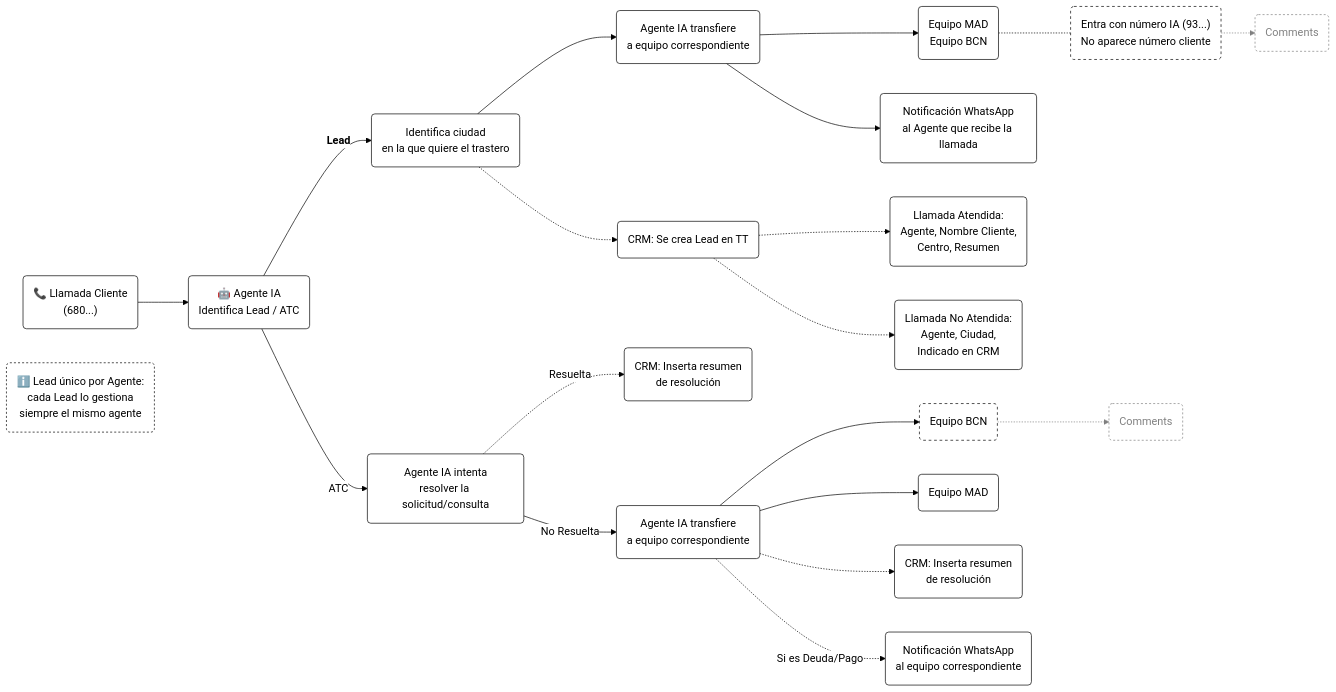
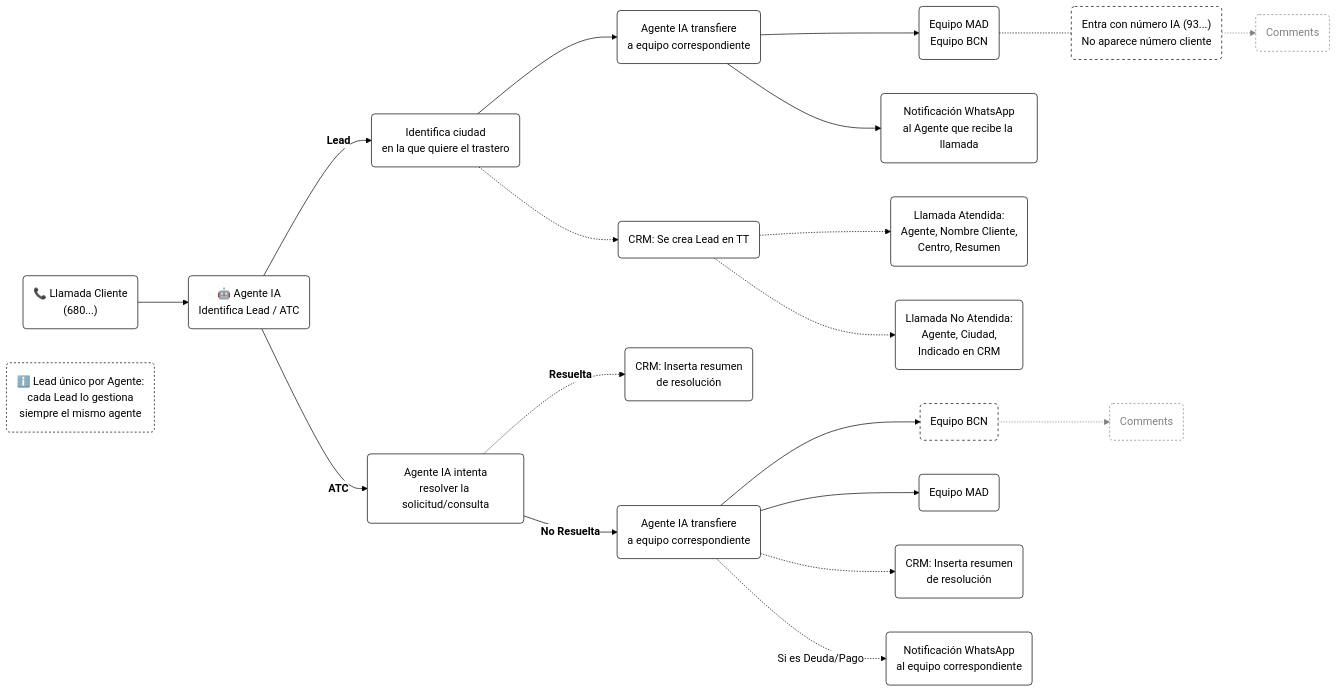
One commit to Fblanchete/Agente-IA changed the diagram in flujo_en_horario (1).md. Above: the diagram before and after it, drawn with Mermaid.

Commit message:
Format ATC and Resuelta labels with markdown

````diff
--- a/flujo_en_horario (1).md
+++ b/flujo_en_horario (1).md
@@ -3,38 +3,38 @@
 ```mermaid
 %%{init: {'theme': 'base', 'themeVariables': { 'fontFamily': 'Arial', 'background': '#FFFFFF', 'primaryColor': '#FFFFFF', 'primaryBorderColor': '#000000', 'primaryTextColor': '#000000', 'lineColor': '#000000', 'secondaryColor': '#FFFFFF', 'tertiaryColor': '#FFFFFF'}}}%%
 flowchart LR
     A1("📞 Llamada Cliente<br/>(680...)") --> A2("🤖 Agente IA<br/>Identifica Lead / ATC")
 
     A2 -->|"`**Lead**`"| L1("Identifica ciudad<br/>en la que quiere el trastero")
     L1 --> L2("Agente IA transfiere<br/>a equipo correspondiente")
     L1 -.-> CRM1("CRM: Se crea Lead en TT")
     L4 -.- L3("Entra con número IA (93...)<br/>No aparece número cliente")
     L2 --> L4("Equipo MAD<br/>Equipo BCN")
     L2 --> L5("Notificación WhatsApp<br/>al Agente que recibe la llamada")
     CRM1 -.-> LA("Llamada Atendida:<br/>Agente, Nombre Cliente,<br/>Centro, Resumen")
     CRM1 -.-> LNA("Llamada No Atendida:<br/>Agente, Ciudad,<br/>Indicado en CRM")
 
-    A2 -->|ATC| T1("Agente IA intenta<br/>resolver la solicitud/consulta")
-    T1 -.->|Resuelta| CRM2("CRM: Inserta resumen<br/>de resolución")
-    T1 -->|No Resuelta| T2("Agente IA transfiere<br/>a equipo correspondiente")
+    A2 -->|"`**ATC**`"| T1("Agente IA intenta<br/>resolver la solicitud/consulta")
+    T1 -.->|"`**Resuelta**`"| CRM2("CRM: Inserta resumen<br/>de resolución")
+    T1 -->|"`**No Resuelta**`"| T2("Agente IA transfiere<br/>a equipo correspondiente")
     T2 --> T3("Equipo BCN")
     T2 --> T4("Equipo MAD")
     T2 -.-> CRM3("CRM: Inserta resumen<br/>de resolución")
     T2 -.->|Si es Deuda/Pago| WA1("Notificación WhatsApp<br/>al equipo correspondiente")
 
     N0("ℹ️ Lead único por Agente:<br/>cada Lead lo gestiona<br/>siempre el mismo agente")
 
     L3 -.-> L3C("Comments")
     T3 -.-> T3C("Comments")
 
     classDef todos fill:#FFFFFF,stroke:#000000,color:#000000
     classDef nota fill:#FFFFFF,stroke:#000000,color:#000000,stroke-dasharray: 3 3
     classDef bcn fill:#FFFFFF,stroke:#000000,color:#000000,stroke-dasharray: 4 4
     classDef comment fill:#FFFFFF,stroke:#808080,color:#808080,stroke-dasharray: 3 3
     class A1,A2,L1,L2,L4,L5,LA,LNA,CRM1,CRM2,CRM3,T1,T2,T4,WA1 todos
     class N0 nota
     class L3,T3 bcn
     class L3C,T3C comment
     linkStyle 16 stroke:#808080,stroke-width:1px
     linkStyle 17 stroke:#808080,stroke-width:1px
 ```
````
